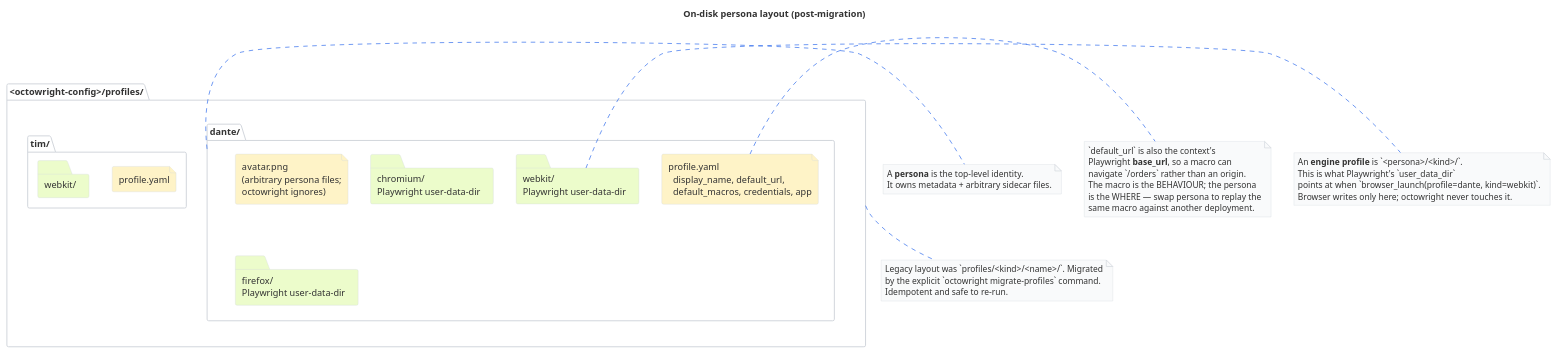
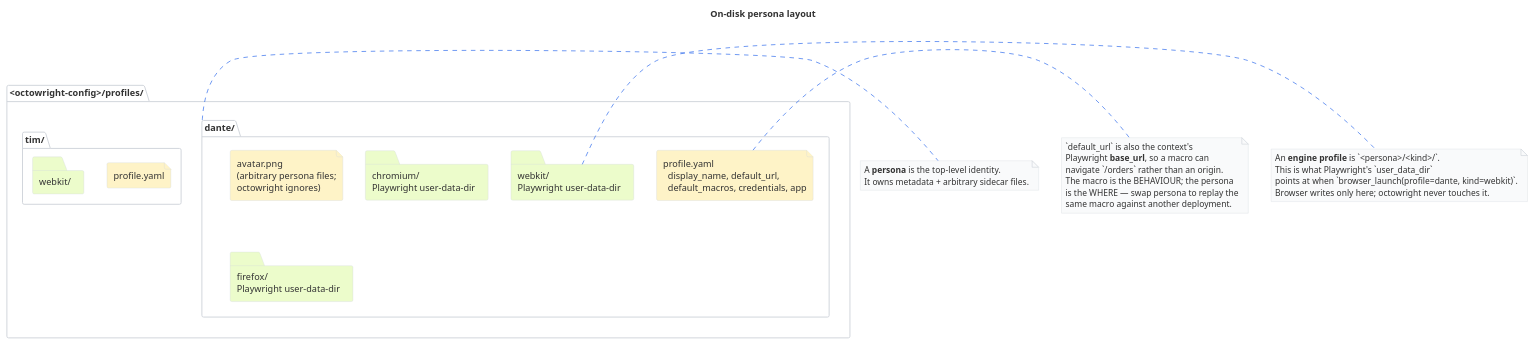
Before and after one commit to livingstaccato/octowright: the diagram in docs/architecture/persona-layout.puml, drawn with PlantUML. The commit also changed 11 other files, not shown here.

```diff
--- a/docs/architecture/persona-layout.puml
+++ b/docs/architecture/persona-layout.puml
@@ -5,58 +5,52 @@
 @startuml persona-layout
-title On-disk persona layout (post-migration)
+title On-disk persona layout
 
 skinparam backgroundColor #ffffff
 skinparam defaultFontColor #333333
 skinparam folderBackgroundColor #ecfccb
 skinparam folderBorderColor #d1d5db
 skinparam fileBackgroundColor #fef3c7
 skinparam fileBorderColor #d1d5db
 skinparam packageBackgroundColor #ffffff
 skinparam packageBorderColor #d1d5db
 skinparam arrowColor #2563eb
 skinparam noteBorderColor #d1d5db
 skinparam noteBackgroundColor #f9fafb
 
 folder "<octowright-config>/profiles/" as ROOT {
   folder "dante/" as DANTE {
     file "profile.yaml\n  display_name, default_url,\n  default_macros, credentials, app" as DY
     file "avatar.png\n(arbitrary persona files;\noctowright ignores)" as DA
     folder "webkit/\nPlaywright user-data-dir" as DW
     folder "chromium/\nPlaywright user-data-dir" as DC
     folder "firefox/\nPlaywright user-data-dir" as DF
   }
 
   folder "tim/" as TIM {
     file "profile.yaml" as TY
     folder "webkit/" as TW
   }
 }
 
 note right of DANTE
   A **persona** is the top-level identity.
   It owns metadata + arbitrary sidecar files.
 end note
 
 note right of DY
   `default_url` is also the context's
   Playwright **base_url**, so a macro can
   navigate `/orders` rather than an origin.
   The macro is the BEHAVIOUR; the persona
   is the WHERE — swap persona to replay the
   same macro against another deployment.
 end note
 
 note right of DW
   An **engine profile** is `<persona>/<kind>/`.
   This is what Playwright's `user_data_dir`
   points at when `browser_launch(profile=dante, kind=webkit)`.
   Browser writes only here; octowright never touches it.
 end note
 
-note bottom of ROOT
-  Legacy layout was `profiles/<kind>/<name>/`. Migrated
-  by the explicit `octowright migrate-profiles` command.
-  Idempotent and safe to re-run.
-end note
-
 @enduml
```
